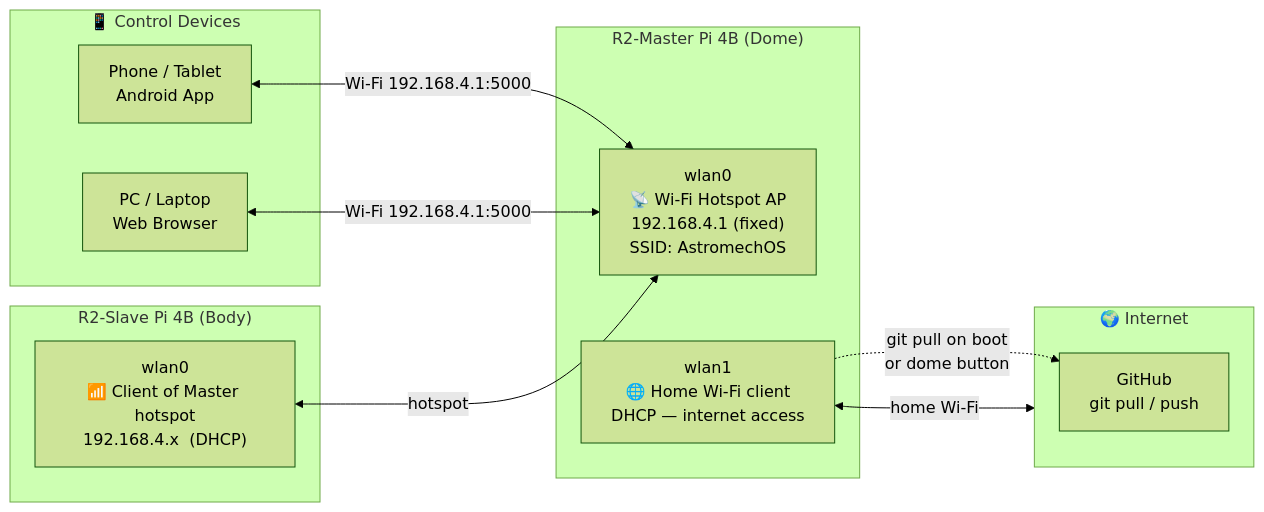
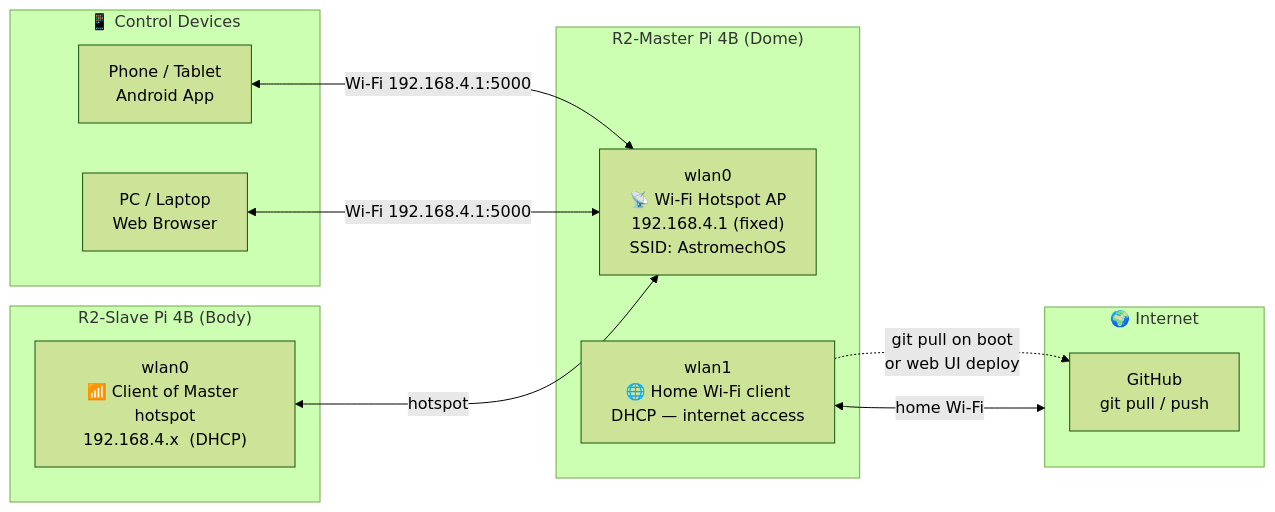
The third of 4 diagrams in ELECTRONICS.md (RickDnamps/AstromechOS), drawn with Mermaid (forest theme) before and after one commit. The commit also changed other lines of this file and 2 other files, not shown here.

First line of the commit message:
Docs: update CLAUDE.md + ELECTRONICS.md — dome button removed, rollback + hardware UI

````diff
--- a/ELECTRONICS.md
+++ b/ELECTRONICS.md
@@ -261,26 +261,26 @@
 ```mermaid
 flowchart LR
     subgraph INTERNET["🌍 Internet"]
         GITHUB["GitHub\ngit pull / push"]
     end
 
     subgraph MASTER_NET["R2-Master Pi 4B (Dome)"]
         WLAN0["wlan0\n📡 Wi-Fi Hotspot AP\n192.168.4.1  (fixed)\nSSID: AstromechOS"]
         WLAN1["wlan1\n🌐 Home Wi-Fi client\nDHCP — internet access"]
     end
 
     subgraph SLAVE_NET["R2-Slave Pi 4B (Body)"]
         WLAN0_S["wlan0\n📶 Client of Master hotspot\n192.168.4.x  (DHCP)"]
     end
 
     subgraph DEVICES["📱 Control Devices"]
         PHONE["Phone / Tablet\nAndroid App"]
         PC["PC / Laptop\nWeb Browser"]
     end
 
     PHONE <-->|"Wi-Fi  192.168.4.1:5000"| WLAN0
     PC    <-->|"Wi-Fi  192.168.4.1:5000"| WLAN0
     WLAN0_S <-->|"hotspot"| WLAN0
     WLAN1 <-->|"home Wi-Fi"| INTERNET
-    WLAN1 -.->|"git pull on boot\nor dome button"| GITHUB
+    WLAN1 -.->|"git pull on boot\nor web UI deploy"| GITHUB
 ```
````
